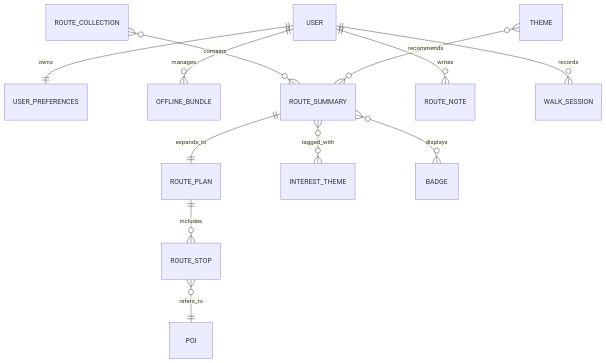
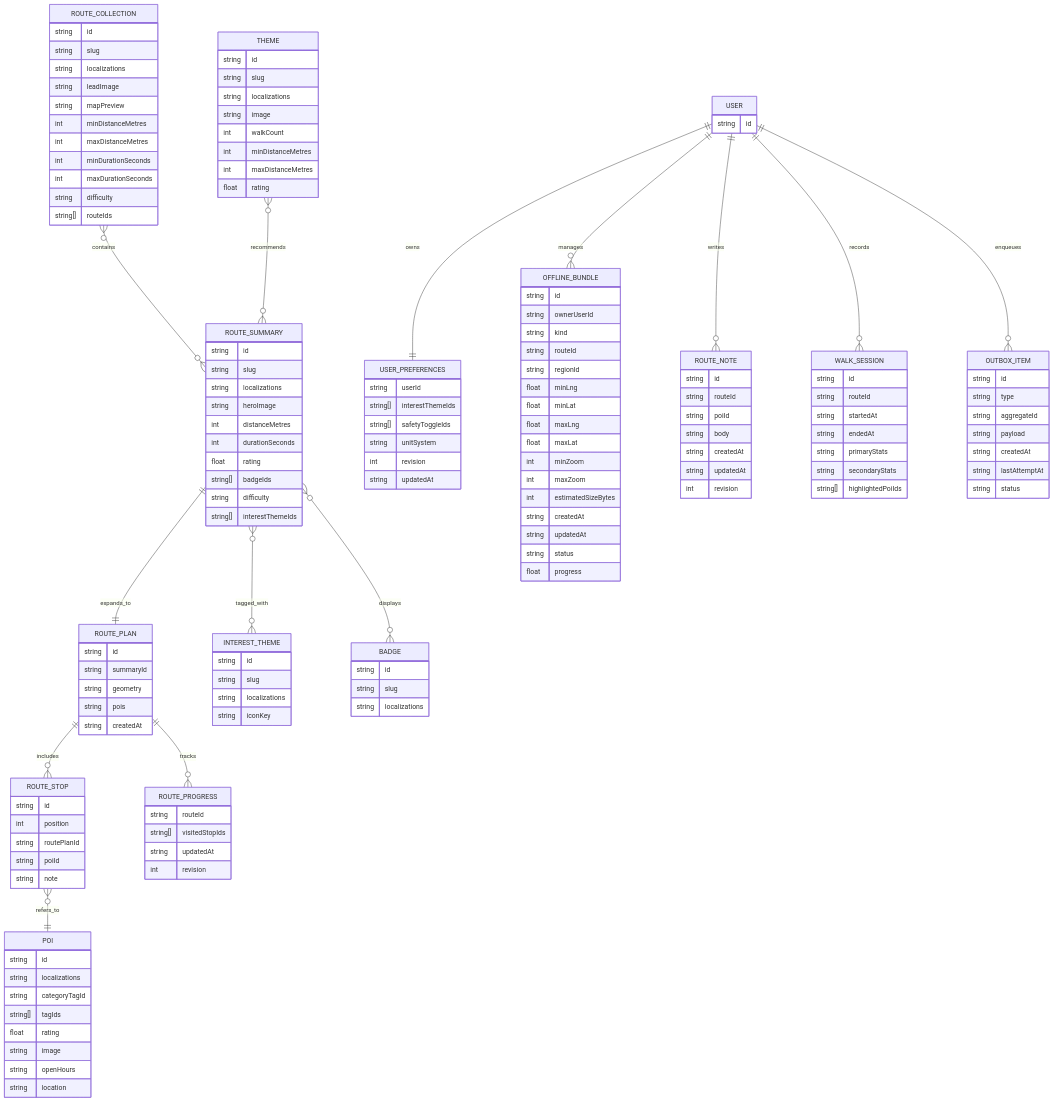
The diagram in docs/wildside-pwa-data-model.md (leynos/wildside), drawn with Mermaid before and after one commit.

Commit message:
Add PWA data model ER diagram
Adds a full entity-relationship diagram (Mermaid erDiagram) to make the core\nPWA entities and their relationships easier to review at a glance.

````diff
--- a/docs/wildside-pwa-data-model.md
+++ b/docs/wildside-pwa-data-model.md
@@ -641,5 +641,152 @@
 ```mermaid
 erDiagram
+  USER {
+    string id
+  }
+
+  USER_PREFERENCES {
+    string userId
+    string[] interestThemeIds
+    string[] safetyToggleIds
+    string unitSystem
+    int revision
+    string updatedAt
+  }
+
+  ROUTE_SUMMARY {
+    string id
+    string slug
+    string localizations
+    string heroImage
+    int distanceMetres
+    int durationSeconds
+    float rating
+    string[] badgeIds
+    string difficulty
+    string[] interestThemeIds
+  }
+
+  ROUTE_PLAN {
+    string id
+    string summaryId
+    string geometry
+    string pois
+    string createdAt
+  }
+
+  ROUTE_STOP {
+    string id
+    int position
+    string routePlanId
+    string poiId
+    string note
+  }
+
+  POI {
+    string id
+    string localizations
+    string categoryTagId
+    string[] tagIds
+    float rating
+    string image
+    string openHours
+    string location
+  }
+
+  ROUTE_COLLECTION {
+    string id
+    string slug
+    string localizations
+    string leadImage
+    string mapPreview
+    int minDistanceMetres
+    int maxDistanceMetres
+    int minDurationSeconds
+    int maxDurationSeconds
+    string difficulty
+    string[] routeIds
+  }
+
+  THEME {
+    string id
+    string slug
+    string localizations
+    string image
+    int walkCount
+    int minDistanceMetres
+    int maxDistanceMetres
+    float rating
+  }
+
+  INTEREST_THEME {
+    string id
+    string slug
+    string localizations
+    string iconKey
+  }
+
+  BADGE {
+    string id
+    string slug
+    string localizations
+  }
+
+  OFFLINE_BUNDLE {
+    string id
+    string ownerUserId
+    string kind
+    string routeId
+    string regionId
+    float minLng
+    float minLat
+    float maxLng
+    float maxLat
+    int minZoom
+    int maxZoom
+    int estimatedSizeBytes
+    string createdAt
+    string updatedAt
+    string status
+    float progress
+  }
+
+  ROUTE_NOTE {
+    string id
+    string routeId
+    string poiId
+    string body
+    string createdAt
+    string updatedAt
+    int revision
+  }
+
+  ROUTE_PROGRESS {
+    string routeId
+    string[] visitedStopIds
+    string updatedAt
+    int revision
+  }
+
+  WALK_SESSION {
+    string id
+    string routeId
+    string startedAt
+    string endedAt
+    string primaryStats
+    string secondaryStats
+    string[] highlightedPoiIds
+  }
+
+  OUTBOX_ITEM {
+    string id
+    string type
+    string aggregateId
+    string payload
+    string createdAt
+    string lastAttemptAt
+    string status
+  }
+
   USER ||--|| USER_PREFERENCES : owns
   USER ||--o{ OFFLINE_BUNDLE : manages
 
@@ -655,4 +802,7 @@
 
   USER ||--o{ ROUTE_NOTE : writes
   USER ||--o{ WALK_SESSION : records
+  USER ||--o{ OUTBOX_ITEM : enqueues
+
+  ROUTE_PLAN ||--o{ ROUTE_PROGRESS : tracks
 ```
````
